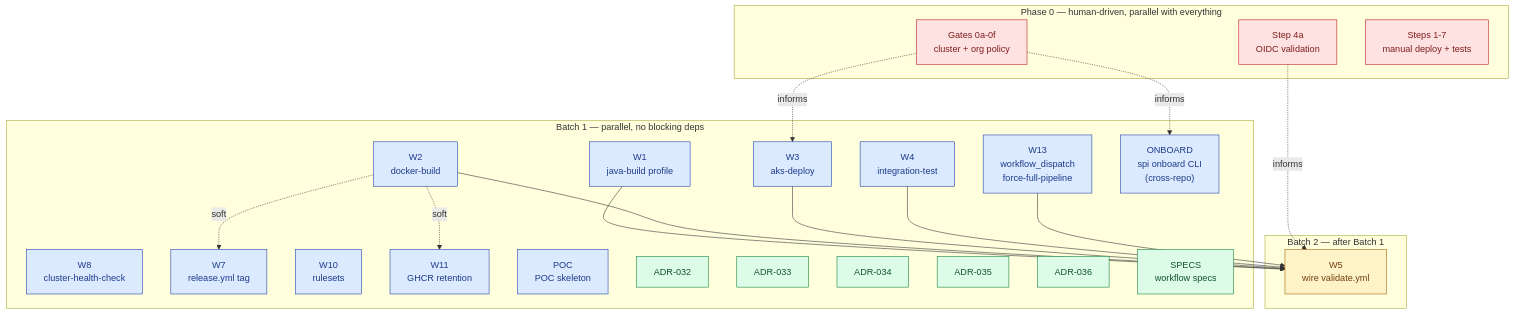
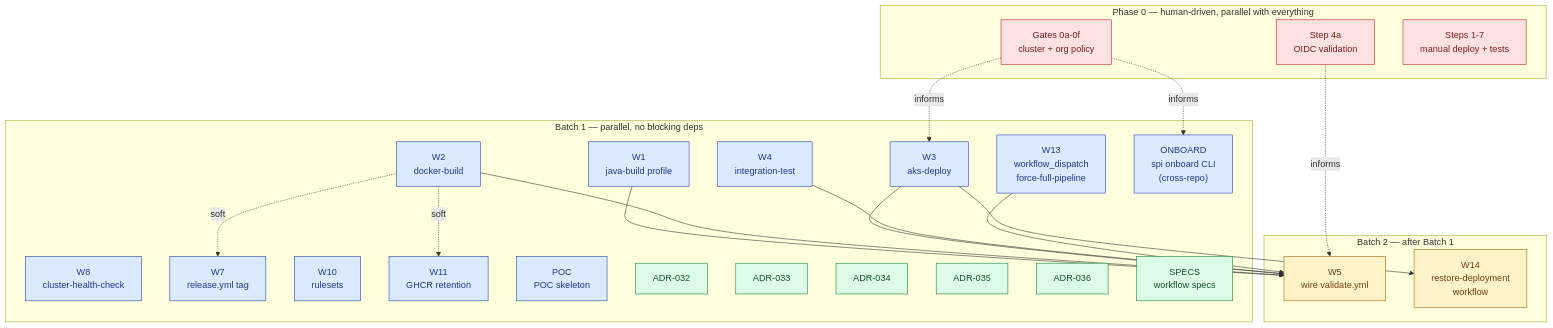
One commit to danielscholl-osdu/osdu-spi changed the diagram in doc/product/cicd-implementation-plan.md. Above: the diagram before and after it, drawn with Mermaid. The commit also changed other lines of this file and 1 other file, not shown here.

Commit message:
docs(cicd): add W14 restore-deployment workflow document W14 in CI/CD design and implementation plan note inputs, digest format validation, and per-service concurrency

````diff
--- a/doc/product/cicd-implementation-plan.md
+++ b/doc/product/cicd-implementation-plan.md
@@ -47,50 +47,52 @@
 ```mermaid
 graph TD
     classDef batch1 fill:#dbeafe,stroke:#1e40af,color:#1e3a8a
     classDef batch2 fill:#fef3c7,stroke:#a16207,color:#713f12
     classDef human fill:#fee2e2,stroke:#b91c1c,color:#7f1d1d
     classDef adr fill:#dcfce7,stroke:#15803d,color:#14532d
 
     subgraph Batch1["Batch 1 — parallel, no blocking deps"]
         W1["W1<br/>java-build profile"]:::batch1
         W2["W2<br/>docker-build"]:::batch1
         W3["W3<br/>aks-deploy"]:::batch1
         W4["W4<br/>integration-test"]:::batch1
         W8["W8<br/>cluster-health-check"]:::batch1
         W7["W7<br/>release.yml tag"]:::batch1
         W10["W10<br/>rulesets"]:::batch1
         W11["W11<br/>GHCR retention"]:::batch1
         W13["W13<br/>workflow_dispatch<br/>force-full-pipeline"]:::batch1
         POC["POC<br/>POC skeleton"]:::batch1
         ONBOARD["ONBOARD<br/>spi onboard CLI<br/>(cross-repo)"]:::batch1
         ADR32["ADR-032"]:::adr
         ADR33["ADR-033"]:::adr
         ADR34["ADR-034"]:::adr
         ADR35["ADR-035"]:::adr
         ADR36["ADR-036"]:::adr
         SPECS["SPECS<br/>workflow specs"]:::adr
     end
 
     subgraph Batch2["Batch 2 — after Batch 1"]
         W5["W5<br/>wire validate.yml"]:::batch2
+        W14["W14<br/>restore-deployment<br/>workflow"]:::batch2
     end
 
     subgraph Phase0["Phase 0 — human-driven, parallel with everything"]
         G["Gates 0a-0f<br/>cluster + org policy"]:::human
         OIDC["Step 4a<br/>OIDC validation"]:::human
         MANUAL["Steps 1-7<br/>manual deploy + tests"]:::human
     end
 
     W1 --> W5
     W2 --> W5
     W3 --> W5
     W4 --> W5
     W13 --> W5
+    W3 --> W14
 
     W2 -. soft .-> W7
     W2 -. soft .-> W11
 
     G -. informs .-> W3
     G -. informs .-> ONBOARD
     OIDC -. informs .-> W5
 ```
````
